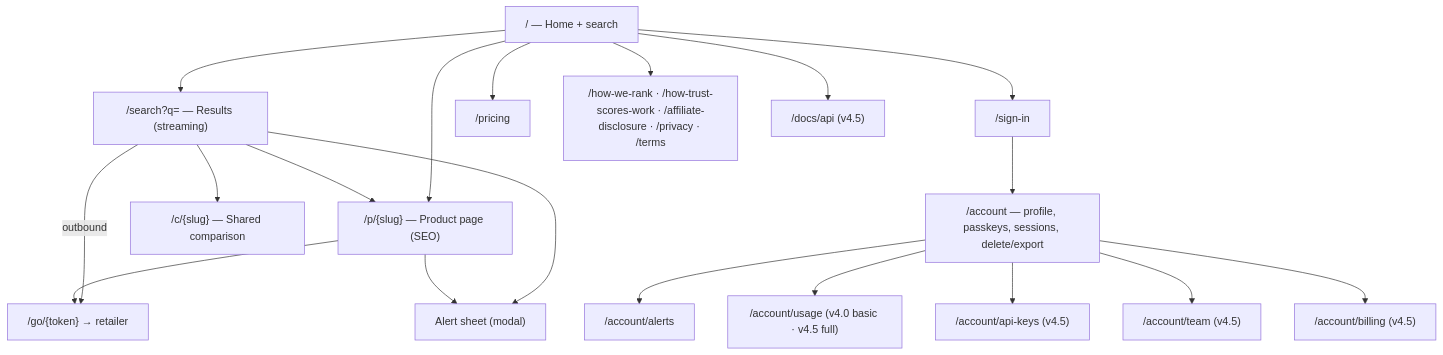
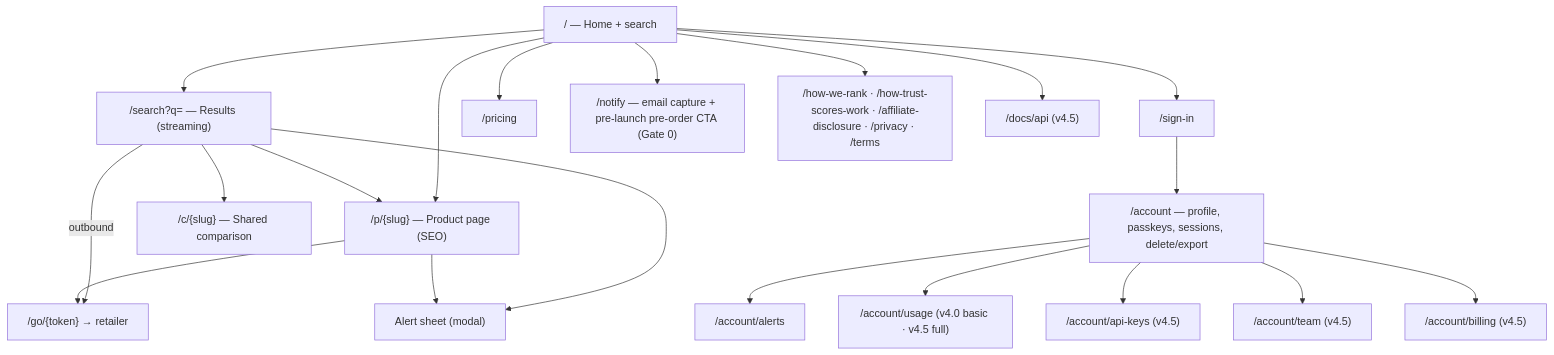
Before and after one commit to raiyanhossainaraf-dagger/before-you-buy: the first of 3 diagrams in docs/07-UI-UX-DESIGN.md, drawn with Mermaid. The commit also changed other lines of this file and 25 other files, not shown here.

````diff
--- a/docs/07-UI-UX-DESIGN.md
+++ b/docs/07-UI-UX-DESIGN.md
@@ -40,21 +40,22 @@
 ```mermaid
 flowchart TB
   Home["/ — Home + search"] --> Results["/search?q= — Results (streaming)"]
   Home --> Product["/p/{slug} — Product page (SEO)"]
   Results --> Product
   Results --> Share["/c/{slug} — Shared comparison"]
   Results -->|outbound| Go["/go/{token} → retailer"]
   Product --> Go
   Results --> AlertSheet["Alert sheet (modal)"]
   Product --> AlertSheet
   Home --> SignIn["/sign-in"]
   SignIn --> Account["/account — profile, passkeys, sessions, delete/export"]
   Account --> Alerts["/account/alerts"]
   Account --> Usage["/account/usage (v4.0 basic · v4.5 full)"]
   Account --> Keys["/account/api-keys (v4.5)"]
   Account --> Team["/account/team (v4.5)"]
   Account --> Billing["/account/billing (v4.5)"]
   Home --> Pricing["/pricing"]
+  Home --> Notify["/notify — email capture + pre-launch pre-order CTA (Gate 0)"]
   Home --> Info["/how-we-rank · /how-trust-scores-work · /affiliate-disclosure · /privacy · /terms"]
   Home --> Docs["/docs/api (v4.5)"]
 ```
````
